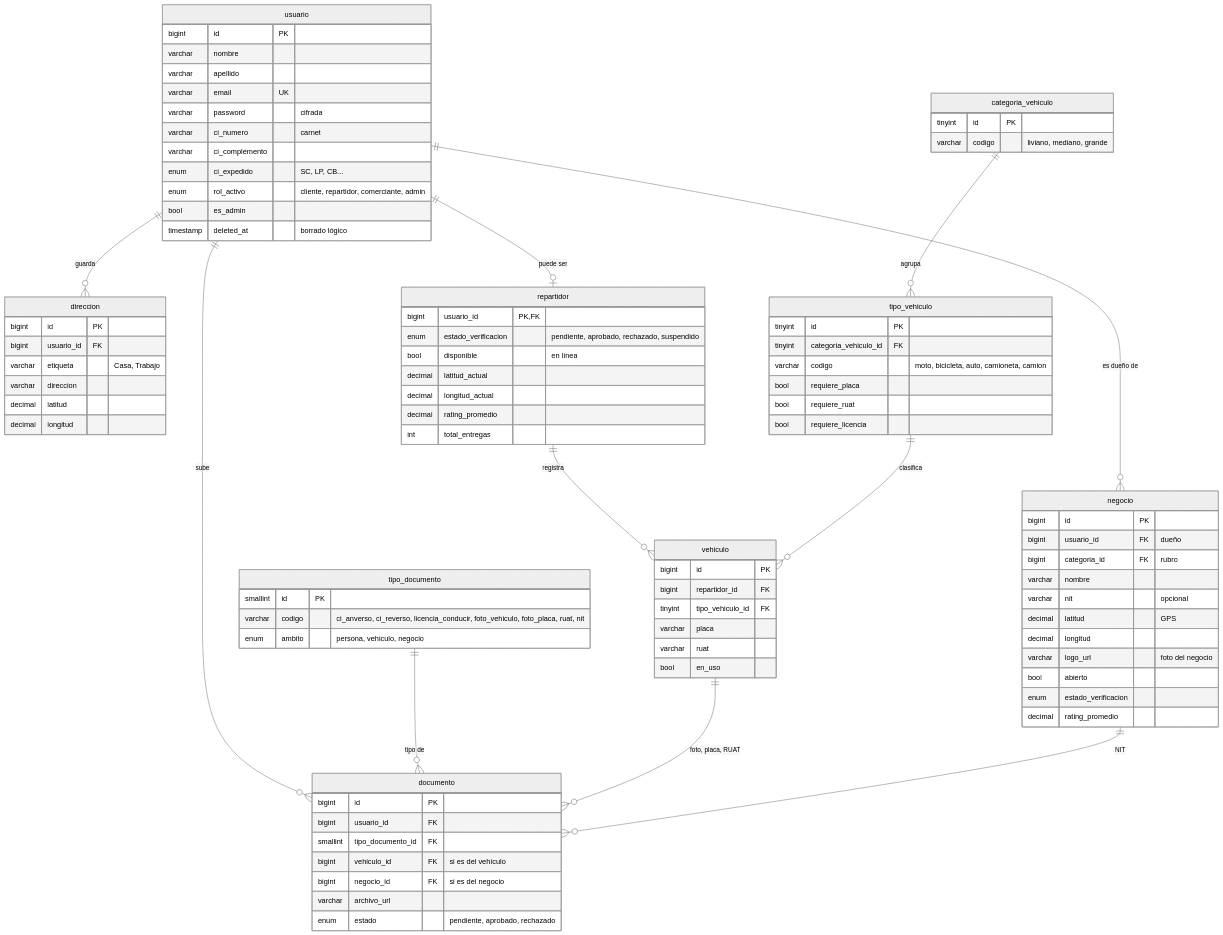
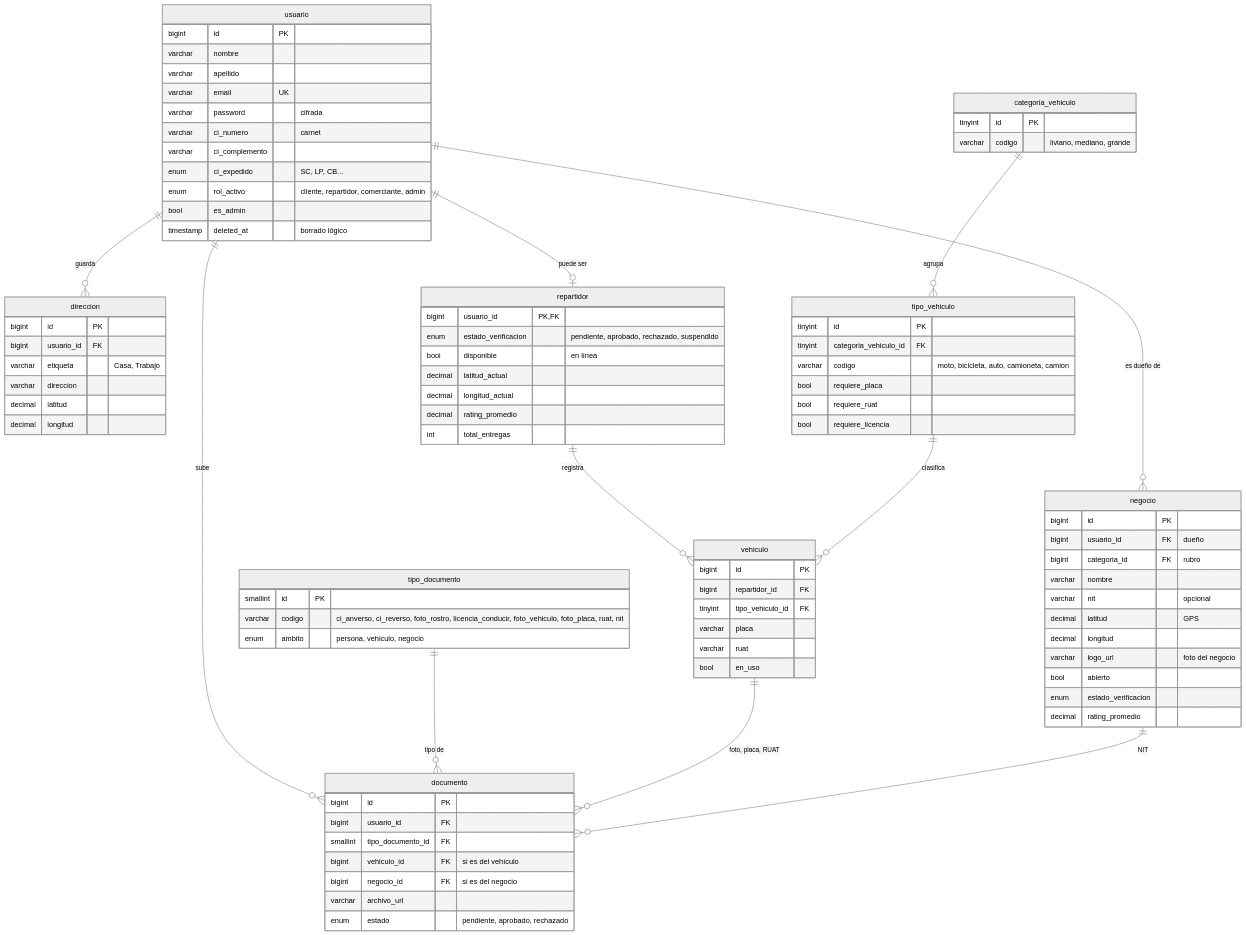
Before and after one commit to RaschifDaguer/MDRmarket_2.0: the first of 3 diagrams in docs/DIAGRAMA_BD.md, drawn with Mermaid (neutral theme). The commit also changed 16 other files, not shown here.

````diff
--- a/docs/DIAGRAMA_BD.md
+++ b/docs/DIAGRAMA_BD.md
@@ -107,7 +107,7 @@
     }
     tipo_documento {
         smallint id PK
-        varchar codigo "ci_anverso, ci_reverso, licencia_conducir, foto_vehiculo, foto_placa, ruat, nit"
+        varchar codigo "ci_anverso, ci_reverso, foto_rostro, licencia_conducir, foto_vehiculo, foto_placa, ruat, nit"
         enum ambito "persona, vehiculo, negocio"
     }
 ```
````
